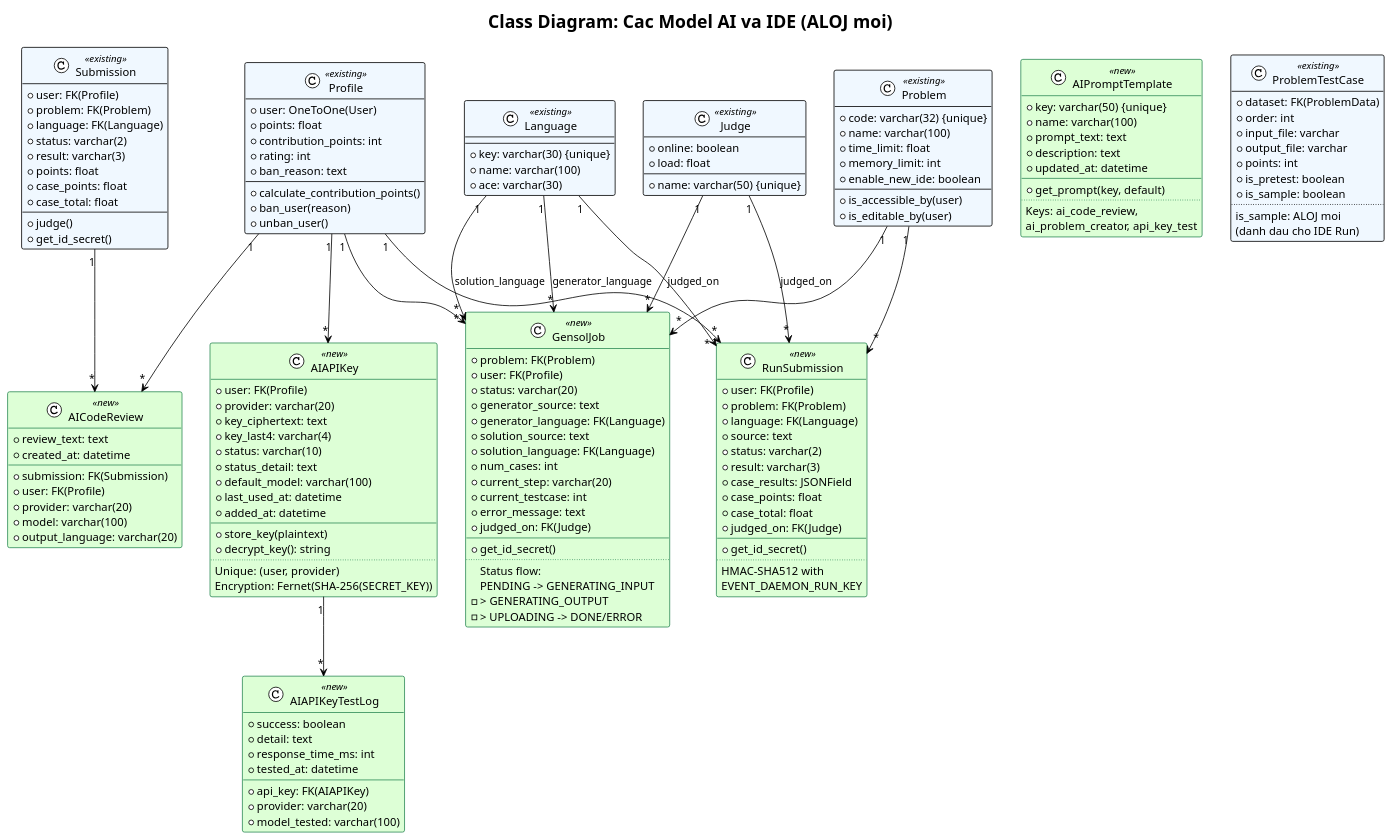
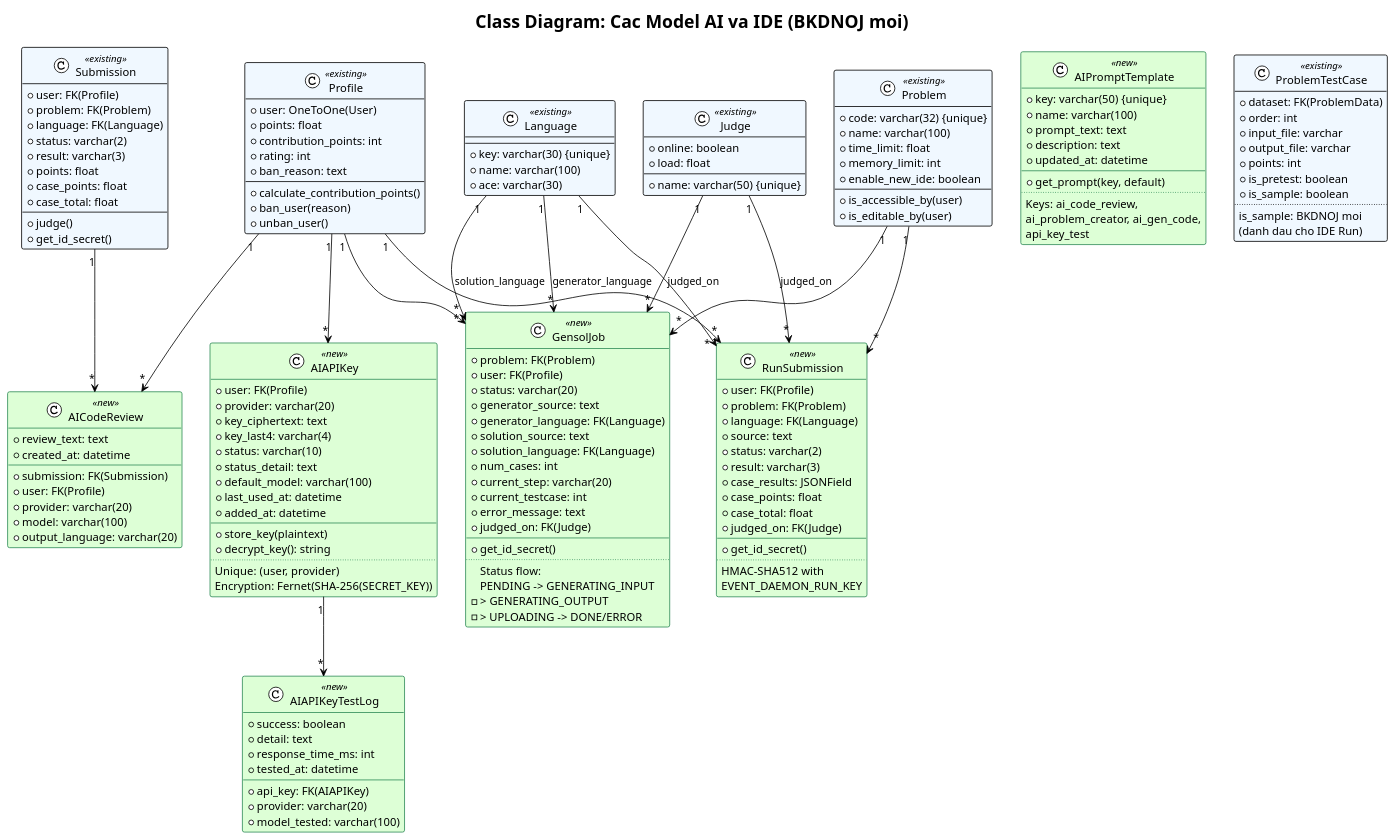
The diagram in document/gzx/14_class_ai_models.puml (Algorit-loop/My-Online-Judge), drawn with PlantUML before and after one commit. The commit also changed 44 other files, not shown here.

```diff
--- a/document/gzx/14_class_ai_models.puml
+++ b/document/gzx/14_class_ai_models.puml
@@ -1,179 +1,180 @@
 @startuml Class_AI_Models
 !theme plain
 skinparam class {
   BackgroundColor<<new>> #DDFFD6
   BorderColor<<new>> #2E8B57
   BackgroundColor<<existing>> #F0F8FF
 }
 
-title Class Diagram: Cac Model AI va IDE (ALOJ moi)
+title Class Diagram: Cac Model AI va IDE (BKDNOJ moi)
 
 class Profile <<existing>> {
   +user: OneToOne(User)
   +points: float
   +contribution_points: int
   +rating: int
   +ban_reason: text
   --
   +calculate_contribution_points()
   +ban_user(reason)
   +unban_user()
 }
 
 class Problem <<existing>> {
   +code: varchar(32) {unique}
   +name: varchar(100)
   +time_limit: float
   +memory_limit: int
   +enable_new_ide: boolean
   --
   +is_accessible_by(user)
   +is_editable_by(user)
 }
 
 class Submission <<existing>> {
   +user: FK(Profile)
   +problem: FK(Problem)
   +language: FK(Language)
   +status: varchar(2)
   +result: varchar(3)
   +points: float
   +case_points: float
   +case_total: float
   --
   +judge()
   +get_id_secret()
 }
 
 class Language <<existing>> {
   +key: varchar(30) {unique}
   +name: varchar(100)
   +ace: varchar(30)
 }
 
 class Judge <<existing>> {
   +name: varchar(50) {unique}
   +online: boolean
   +load: float
 }
 
 class AIAPIKey <<new>> {
   +user: FK(Profile)
   +provider: varchar(20)
   +key_ciphertext: text
   +key_last4: varchar(4)
   +status: varchar(10)
   +status_detail: text
   +default_model: varchar(100)
   +last_used_at: datetime
   +added_at: datetime
   --
   +store_key(plaintext)
   +decrypt_key(): string
   ..
   Unique: (user, provider)
   Encryption: Fernet(SHA-256(SECRET_KEY))
 }
 
 class AIAPIKeyTestLog <<new>> {
   +api_key: FK(AIAPIKey)
   +provider: varchar(20)
   +model_tested: varchar(100)
   +success: boolean
   +detail: text
   +response_time_ms: int
   +tested_at: datetime
 }
 
 class AICodeReview <<new>> {
   +submission: FK(Submission)
   +user: FK(Profile)
   +provider: varchar(20)
   +model: varchar(100)
   +review_text: text
   +output_language: varchar(20)
   +created_at: datetime
 }
 
 class AIPromptTemplate <<new>> {
   +key: varchar(50) {unique}
   +name: varchar(100)
   +prompt_text: text
   +description: text
   +updated_at: datetime
   --
   +get_prompt(key, default)
   ..
   Keys: ai_code_review,
-  ai_problem_creator, api_key_test
+  ai_problem_creator, ai_gen_code,
+  api_key_test
 }
 
 class RunSubmission <<new>> {
   +user: FK(Profile)
   +problem: FK(Problem)
   +language: FK(Language)
   +source: text
   +status: varchar(2)
   +result: varchar(3)
   +case_results: JSONField
   +case_points: float
   +case_total: float
   +judged_on: FK(Judge)
   --
   +get_id_secret()
   ..
   HMAC-SHA512 with
   EVENT_DAEMON_RUN_KEY
 }
 
 class GensolJob <<new>> {
   +problem: FK(Problem)
   +user: FK(Profile)
   +status: varchar(20)
   +generator_source: text
   +generator_language: FK(Language)
   +solution_source: text
   +solution_language: FK(Language)
   +num_cases: int
   +current_step: varchar(20)
   +current_testcase: int
   +error_message: text
   +judged_on: FK(Judge)
   --
   +get_id_secret()
   ..
   Status flow:
   PENDING -> GENERATING_INPUT
   -> GENERATING_OUTPUT
   -> UPLOADING -> DONE/ERROR
 }
 
 class ProblemTestCase <<existing>> {
   +dataset: FK(ProblemData)
   +order: int
   +input_file: varchar
   +output_file: varchar
   +points: int
   +is_pretest: boolean
   +is_sample: boolean
   ..
-  is_sample: ALOJ moi
+  is_sample: BKDNOJ moi
   (danh dau cho IDE Run)
 }
 
 ' === Relationships ===
 Profile "1" --> "*" AIAPIKey
 AIAPIKey "1" --> "*" AIAPIKeyTestLog
 Profile "1" --> "*" AICodeReview
 Submission "1" --> "*" AICodeReview
 Profile "1" --> "*" RunSubmission
 Problem "1" --> "*" RunSubmission
 Profile "1" --> "*" GensolJob
 Problem "1" --> "*" GensolJob
 Language "1" --> "*" RunSubmission
 Language "1" --> "*" GensolJob : generator_language
 Language "1" --> "*" GensolJob : solution_language
 Judge "1" --> "*" RunSubmission : judged_on
 Judge "1" --> "*" GensolJob : judged_on
 
 @enduml
```
